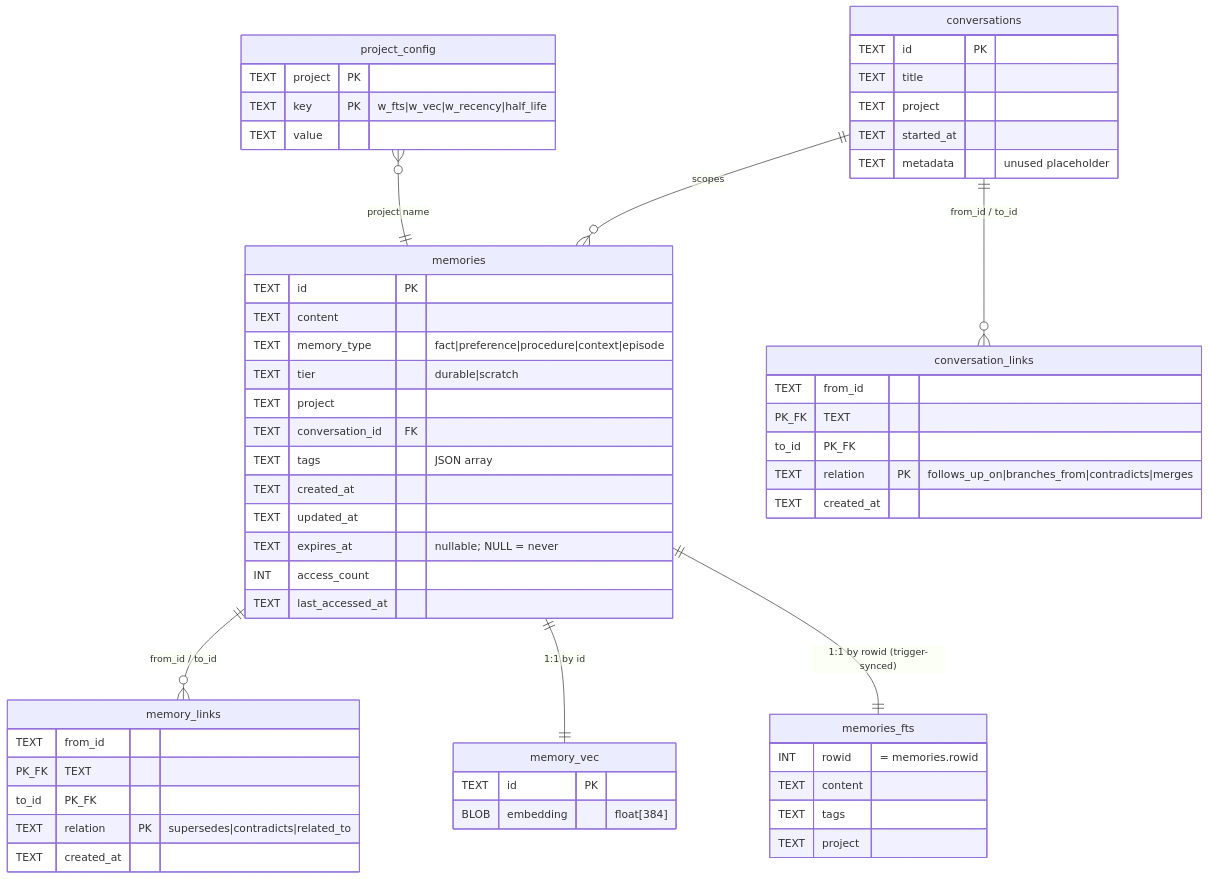
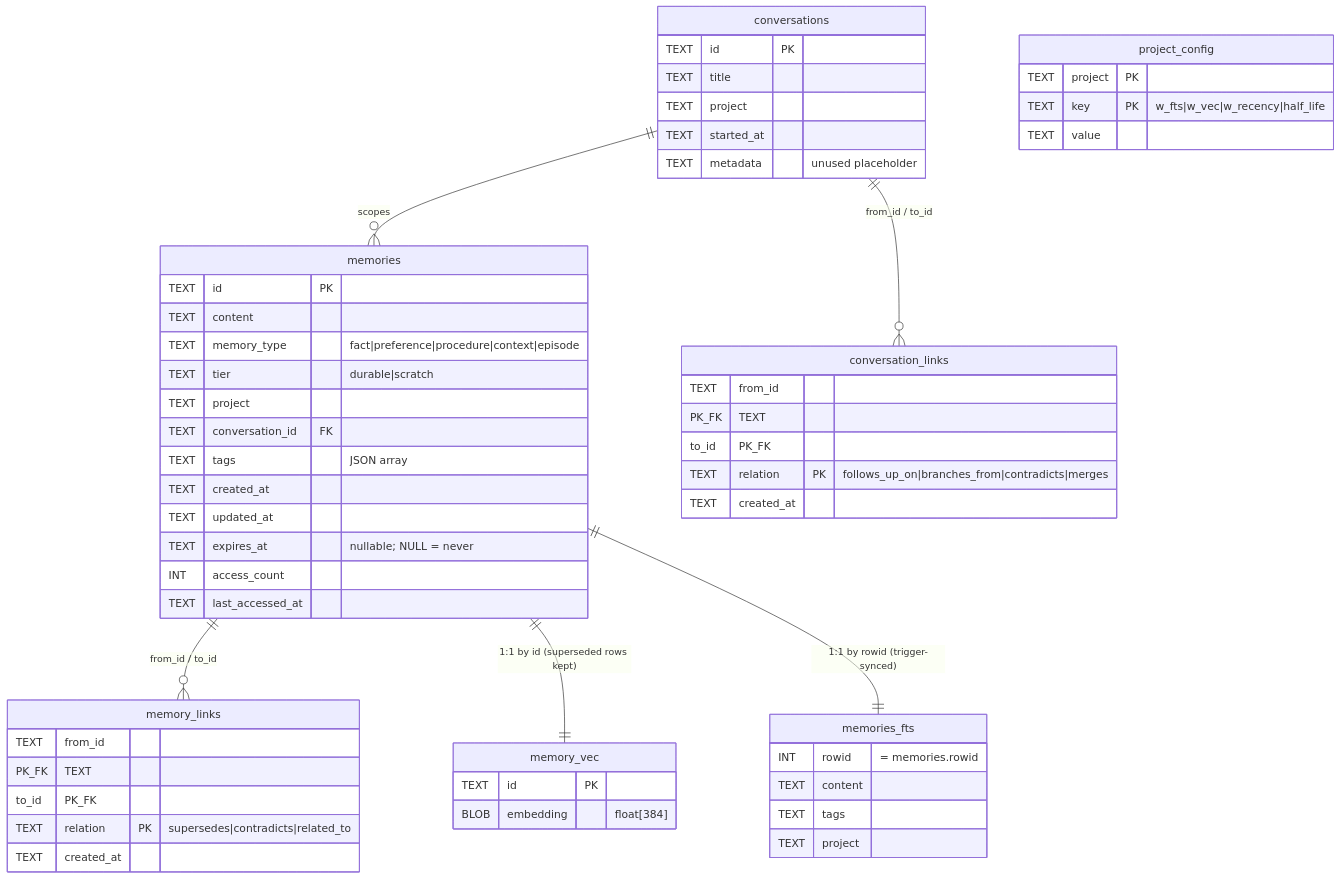
The diagram in docs/data-model.md (janbjorge/rekal), drawn with Mermaid before and after one commit. The commit also changed other lines of this file, not shown here.

````diff
--- a/docs/data-model.md
+++ b/docs/data-model.md
@@ -39,58 +39,57 @@
 ```mermaid
 erDiagram
     conversations ||--o{ memories : "scopes"
     conversations ||--o{ conversation_links : "from_id / to_id"
     memories ||--o{ memory_links : "from_id / to_id"
-    memories ||--|| memory_vec : "1:1 by id"
+    memories ||--|| memory_vec : "1:1 by id (superseded rows kept)"
     memories ||--|| memories_fts : "1:1 by rowid (trigger-synced)"
-    project_config }o--|| memories : "project name"
 
     conversations {
         TEXT id PK
         TEXT title
         TEXT project
         TEXT started_at
         TEXT metadata "unused placeholder"
     }
     conversation_links {
         TEXT from_id PK_FK
         TEXT to_id PK_FK
         TEXT relation PK "follows_up_on|branches_from|contradicts|merges"
         TEXT created_at
     }
     memories {
         TEXT id PK
         TEXT content
         TEXT memory_type "fact|preference|procedure|context|episode"
         TEXT tier "durable|scratch"
         TEXT project
         TEXT conversation_id FK
         TEXT tags "JSON array"
         TEXT created_at
         TEXT updated_at
         TEXT expires_at "nullable; NULL = never"
         INT  access_count
         TEXT last_accessed_at
     }
     memory_links {
         TEXT from_id PK_FK
         TEXT to_id PK_FK
         TEXT relation PK "supersedes|contradicts|related_to"
         TEXT created_at
     }
     memory_vec {
         TEXT id PK
         BLOB embedding "float[384]"
     }
     memories_fts {
         INT rowid "= memories.rowid"
         TEXT content
         TEXT tags
         TEXT project
     }
     project_config {
         TEXT project PK
         TEXT key PK "w_fts|w_vec|w_recency|half_life"
         TEXT value
     }
 ```
````
